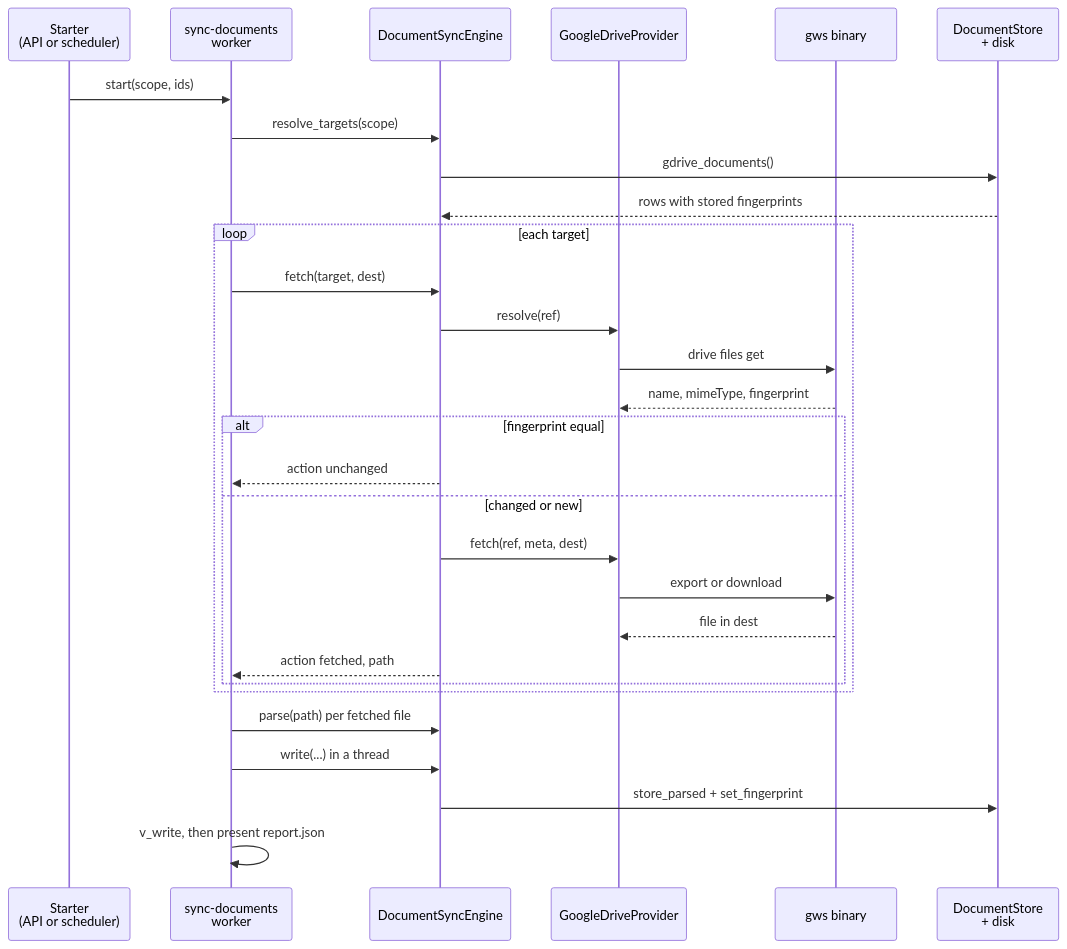
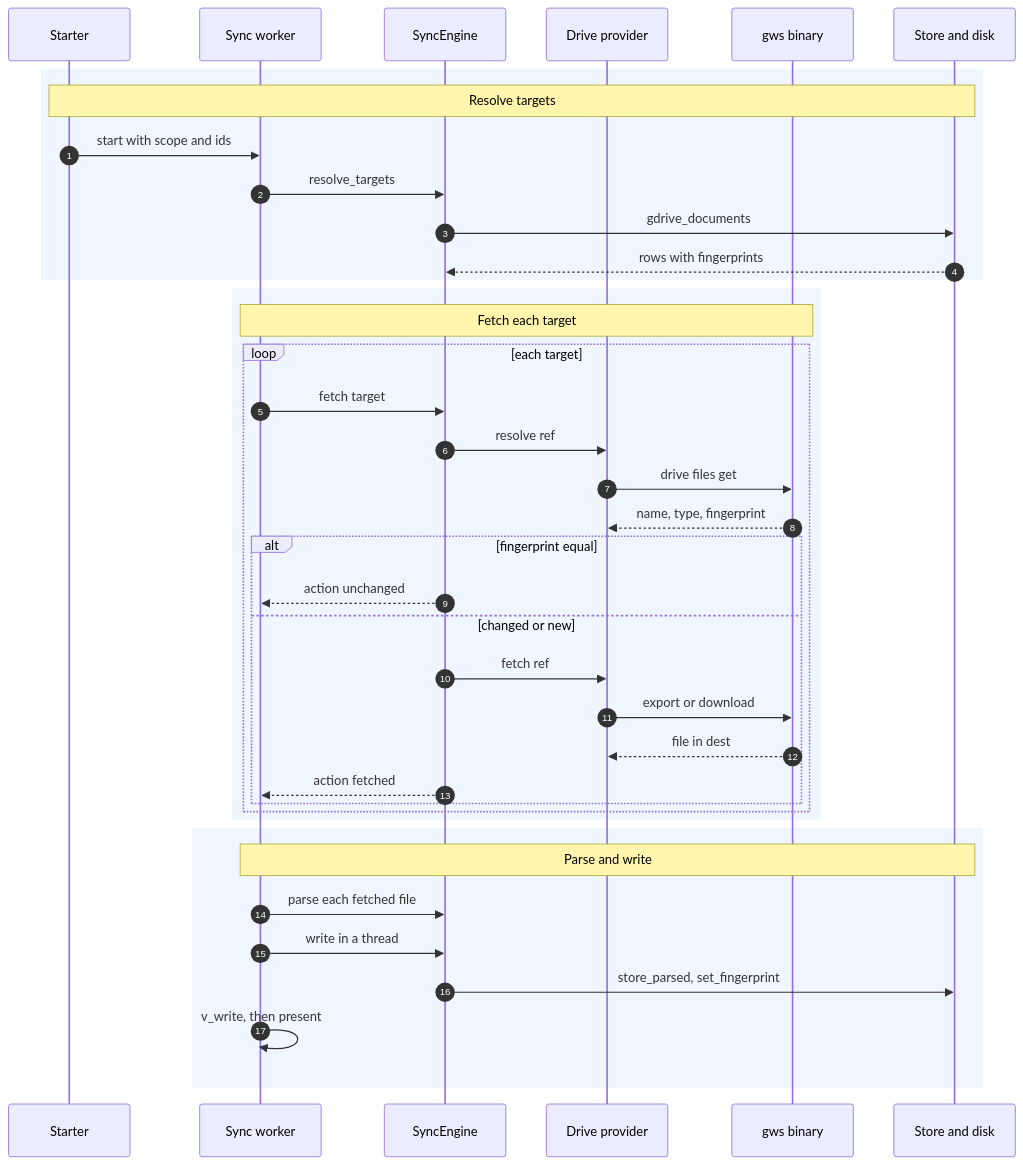
The third of 4 diagrams in genesis/architecture/modules/documents.md (ram-020998/project-tracker), drawn with Mermaid before and after one commit. The commit also changed other lines of this file and 24 other files, not shown here.

First line of the commit message:
architecture: rewrite all 86 Mermaid diagrams to one C4 style, each render-checked

````diff
--- a/genesis/architecture/modules/documents.md
+++ b/genesis/architecture/modules/documents.md
@@ -156,32 +166,41 @@
 ```mermaid
 sequenceDiagram
-    participant S as Starter<br/>(API or scheduler)
-    participant W as sync-documents<br/>worker
-    participant E as DocumentSyncEngine
-    participant P as GoogleDriveProvider
+    autonumber
+    participant S as Starter
+    participant W as Sync worker
+    participant E as SyncEngine
+    participant P as Drive provider
     participant G as gws binary
-    participant D as DocumentStore<br/>+ disk
-
-    S->>W: start(scope, ids)
-    W->>E: resolve_targets(scope)
-    E->>D: gdrive_documents()
-    D-->>E: rows with stored fingerprints
+    participant D as Store and disk
+    rect rgb(240, 246, 255)
+    Note over S,D: Resolve targets
+    S->>W: start with scope and ids
+    W->>E: resolve_targets
+    E->>D: gdrive_documents
+    D-->>E: rows with fingerprints
+    end
+    rect rgb(240, 246, 255)
+    Note over W,G: Fetch each target
     loop each target
-        W->>E: fetch(target, dest)
-        E->>P: resolve(ref)
+        W->>E: fetch target
+        E->>P: resolve ref
         P->>G: drive files get
-        G-->>P: name, mimeType, fingerprint
+        G-->>P: name, type, fingerprint
         alt fingerprint equal
             E-->>W: action unchanged
         else changed or new
-            E->>P: fetch(ref, meta, dest)
+            E->>P: fetch ref
             P->>G: export or download
             G-->>P: file in dest
-            E-->>W: action fetched, path
+            E-->>W: action fetched
         end
     end
-    W->>E: parse(path) per fetched file
-    W->>E: write(...) in a thread
-    E->>D: store_parsed + set_fingerprint
-    W->>W: v_write, then present report.json
+    end
+    rect rgb(240, 246, 255)
+    Note over W,D: Parse and write
+    W->>E: parse each fetched file
+    W->>E: write in a thread
+    E->>D: store_parsed, set_fingerprint
+    W->>W: v_write, then present
+    end
 ```
````
